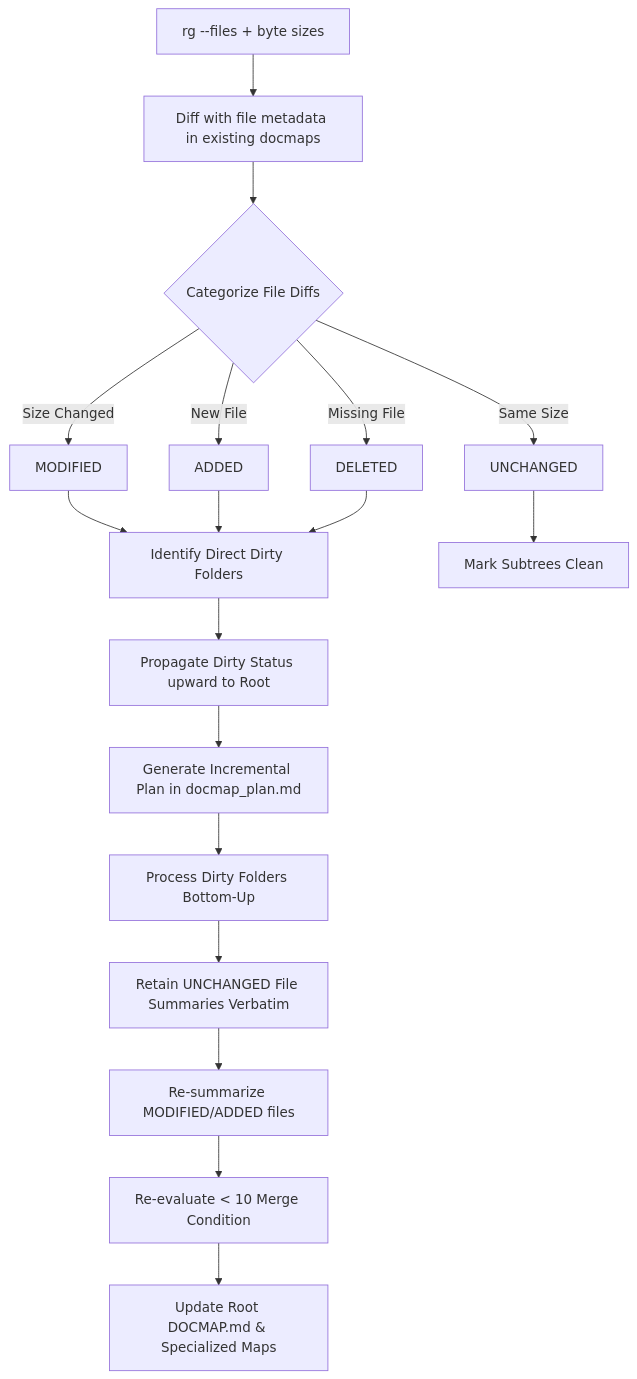
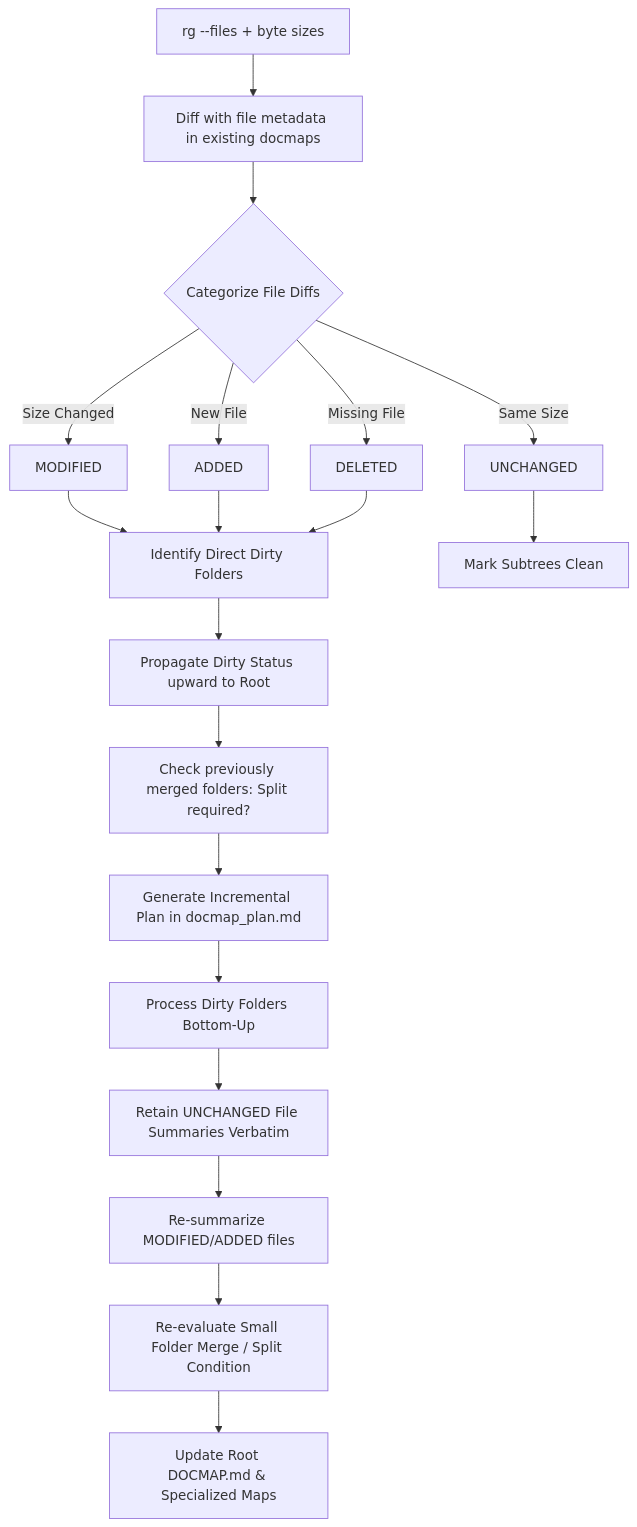
Before and after one commit to nitinbhide/tcaitoolkit: the third of 3 diagrams in docs/agentskills/repo-nav/repo-nav-design.md, drawn with Mermaid. The commit also changed other lines of this file, not shown here.

````diff
--- a/docs/agentskills/repo-nav/repo-nav-design.md
+++ b/docs/agentskills/repo-nav/repo-nav-design.md
@@ -235,21 +256,22 @@
 ```mermaid
 flowchart TD
     A[rg --files + byte sizes] --> B[Diff with file metadata in existing docmaps]
     B --> C{Categorize File Diffs}
     C -->|Size Changed| D[MODIFIED]
     C -->|New File| E[ADDED]
     C -->|Missing File| F[DELETED]
     C -->|Same Size| G[UNCHANGED]
     
     D & E & F --> H[Identify Direct Dirty Folders]
     G --> I[Mark Subtrees Clean]
     
     H --> J[Propagate Dirty Status upward to Root]
-    J --> K[Generate Incremental Plan in docmap_plan.md]
+    J --> K[Check previously merged folders: Split required?]
+    K --> L[Generate Incremental Plan in docmap_plan.md]
     
-    K --> L[Process Dirty Folders Bottom-Up]
-    L --> M[Retain UNCHANGED File Summaries Verbatim]
-    M --> N[Re-summarize MODIFIED/ADDED files]
-    N --> O[Re-evaluate < 10 Merge Condition]
-    O --> P[Update Root DOCMAP.md & Specialized Maps]
+    L --> M[Process Dirty Folders Bottom-Up]
+    M --> N[Retain UNCHANGED File Summaries Verbatim]
+    N --> O[Re-summarize MODIFIED/ADDED files]
+    O --> P[Re-evaluate Small Folder Merge / Split Condition]
+    P --> Q[Update Root DOCMAP.md & Specialized Maps]
 ```
````
